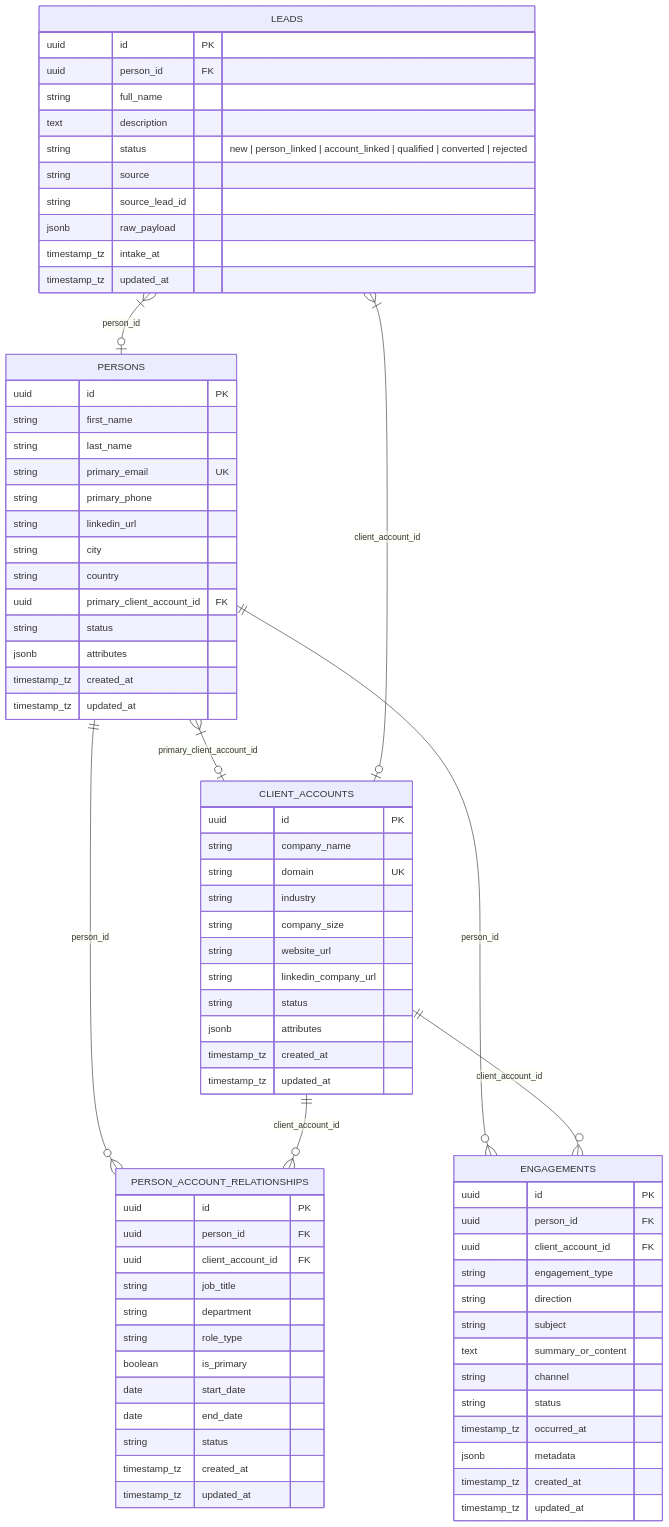
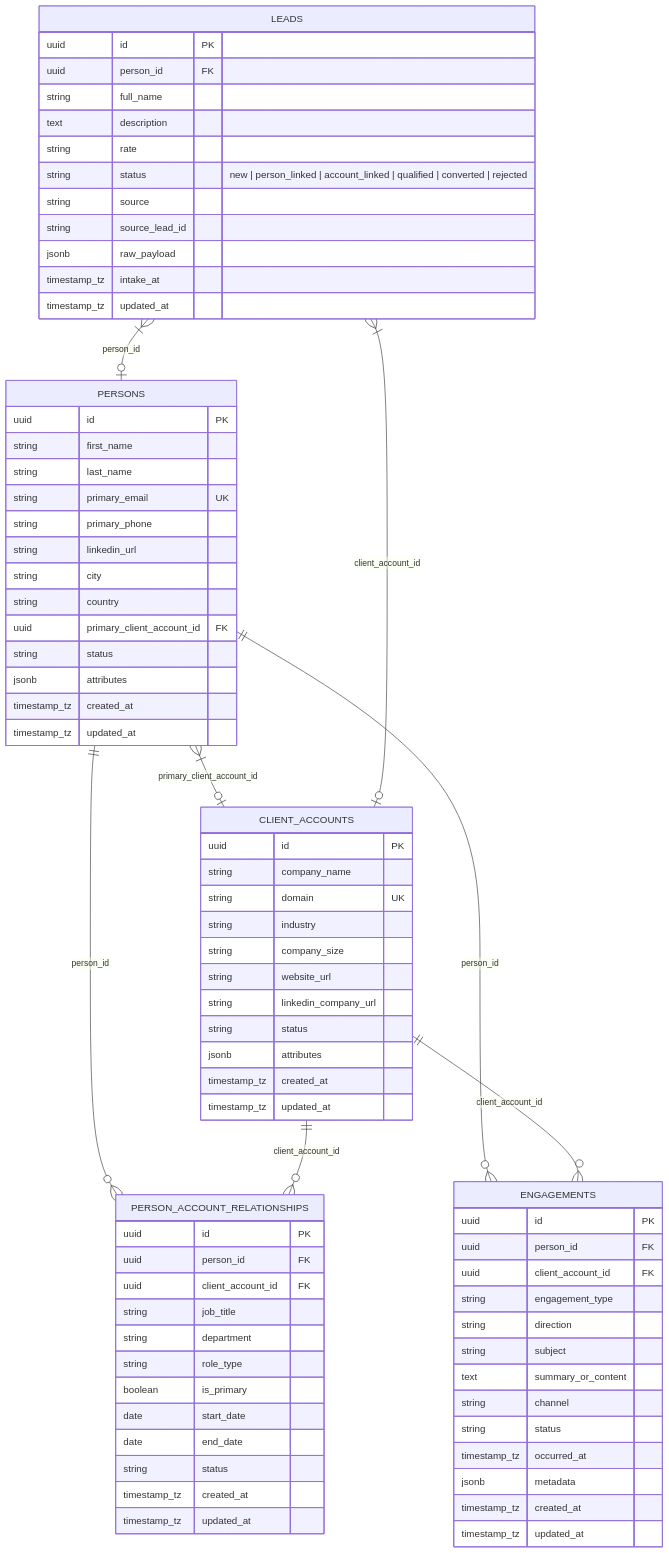
The diagram in src/db/README.md (Data-Biz-AI-Consultancy/Jager), drawn with Mermaid before and after one commit. The commit also changed 3 other files, not shown here.

Commit message:
feat: add rate field to leads schema and update migration scripts and ingestion logic

```diff
--- a/src/db/README.md
+++ b/src/db/README.md
@@ -43,6 +43,7 @@
         uuid person_id FK
         string full_name
         text description
+        string rate
         string status "new | person_linked | account_linked | qualified | converted | rejected"
         string source
         string source_lead_id
```
